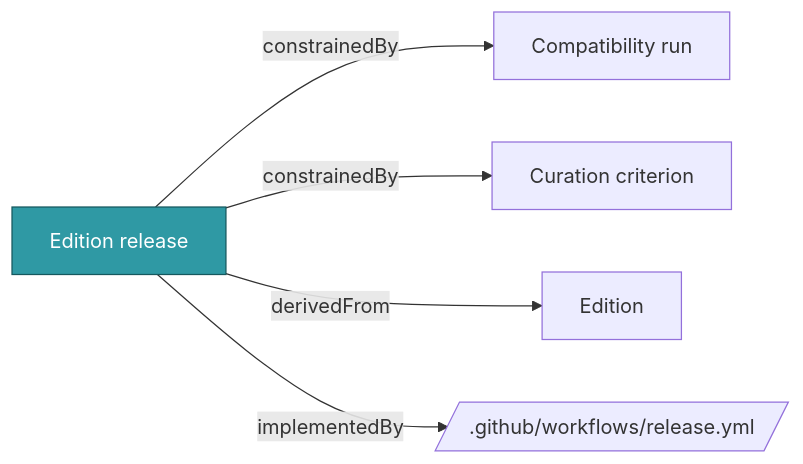
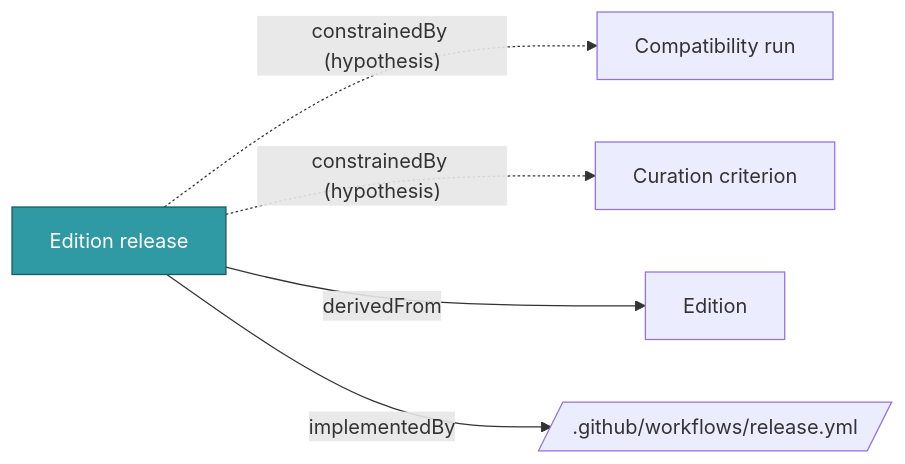
The diagram in docs/ontology/concepts/edition-release.md (netresearch/typo3-ai-edition), drawn with Mermaid before and after one commit. The commit also changed other lines of this file and 13 other files, not shown here.

````diff
--- a/docs/ontology/concepts/edition-release.md
+++ b/docs/ontology/concepts/edition-release.md
@@ -19,14 +19,14 @@
 ```mermaid
 flowchart LR
   c["Edition release"]
   n1["Compatibility run"]
   n2["Curation criterion"]
   n3["Edition"]
   n4[/".github/workflows/release.yml"/]
-  c -->|"constrainedBy"| n1
-  c -->|"constrainedBy"| n2
+  c -.->|"constrainedBy (hypothesis)"| n1
+  c -.->|"constrainedBy (hypothesis)"| n2
   c -->|"derivedFrom"| n3
   c -->|"implementedBy"| n4
   classDef focus fill:#2F99A4,stroke:#15585E,color:#ffffff
   class c focus
 ```
````
